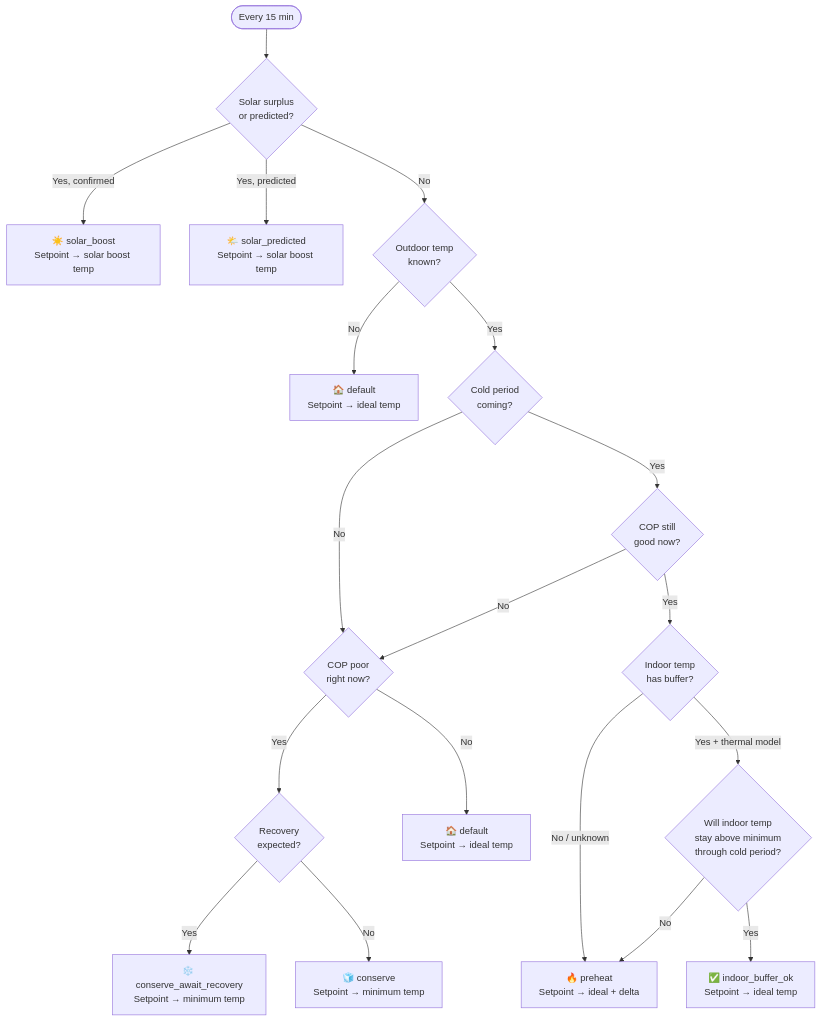
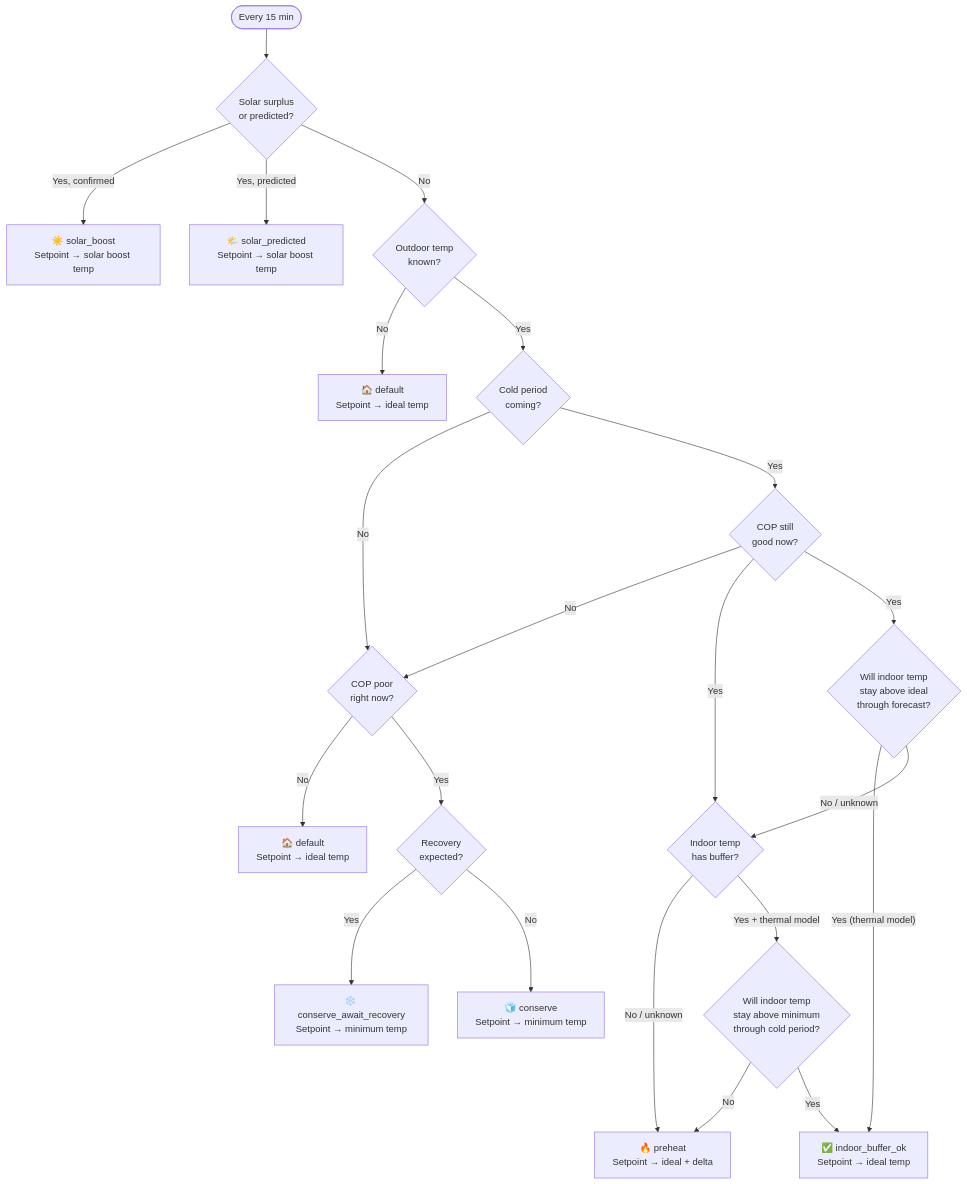
One commit to antongitnow/ha-smart-heatpump changed the first of 2 diagrams in README.md. Above: the diagram before and after it, drawn with Mermaid. The commit also changed other lines of this file and 3 other files, not shown here.

First line of the commit message:
Skip pre-heat when indoor temp stays above ideal through forecast

````diff
--- a/README.md
+++ b/README.md
@@ -28,22 +28,25 @@
 ```mermaid
 flowchart TD
     START([Every 15 min]) --> SOLAR{Solar surplus<br/>or predicted?}
     SOLAR -- "Yes, confirmed" --> BOOST["☀️ solar_boost<br/>Setpoint → solar boost temp"]
     SOLAR -- "Yes, predicted" --> PREDICTED["🌤️ solar_predicted<br/>Setpoint → solar boost temp"]
     SOLAR -- No --> OUTDOOR{Outdoor temp<br/>known?}
     OUTDOOR -- No --> DEFAULT1["🏠 default<br/>Setpoint → ideal temp"]
     OUTDOOR -- Yes --> FORECAST{Cold period<br/>coming?}
     FORECAST -- No --> COPNOW{COP poor<br/>right now?}
     FORECAST -- Yes --> COPGOOD{COP still<br/>good now?}
     COPGOOD -- No --> COPNOW
     COPGOOD -- Yes --> BUFFER{Indoor temp<br/>has buffer?}
+    COPGOOD -- Yes --> IDEALCHECK{Will indoor temp<br/>stay above ideal<br/>through forecast?}
+    IDEALCHECK -- "Yes (thermal model)" --> SKIP["✅ indoor_buffer_ok<br/>Setpoint → ideal temp"]
+    IDEALCHECK -- "No / unknown" --> BUFFER{Indoor temp<br/>has buffer?}
     BUFFER -- "No / unknown" --> PREHEAT["🔥 preheat<br/>Setpoint → ideal + delta"]
     BUFFER -- "Yes + thermal model" --> PREDICT{Will indoor temp<br/>stay above minimum<br/>through cold period?}
     PREDICT -- No --> PREHEAT
-    PREDICT -- Yes --> SKIP["✅ indoor_buffer_ok<br/>Setpoint → ideal temp"]
+    PREDICT -- Yes --> SKIP
     COPNOW -- No --> DEFAULT2["🏠 default<br/>Setpoint → ideal temp"]
     COPNOW -- Yes --> RECOVERY{Recovery<br/>expected?}
     RECOVERY -- Yes --> AWAIT["❄️ conserve_await_recovery<br/>Setpoint → minimum temp"]
     RECOVERY -- No --> CONSERVE["🧊 conserve<br/>Setpoint → minimum temp"]
 
 ```
````
